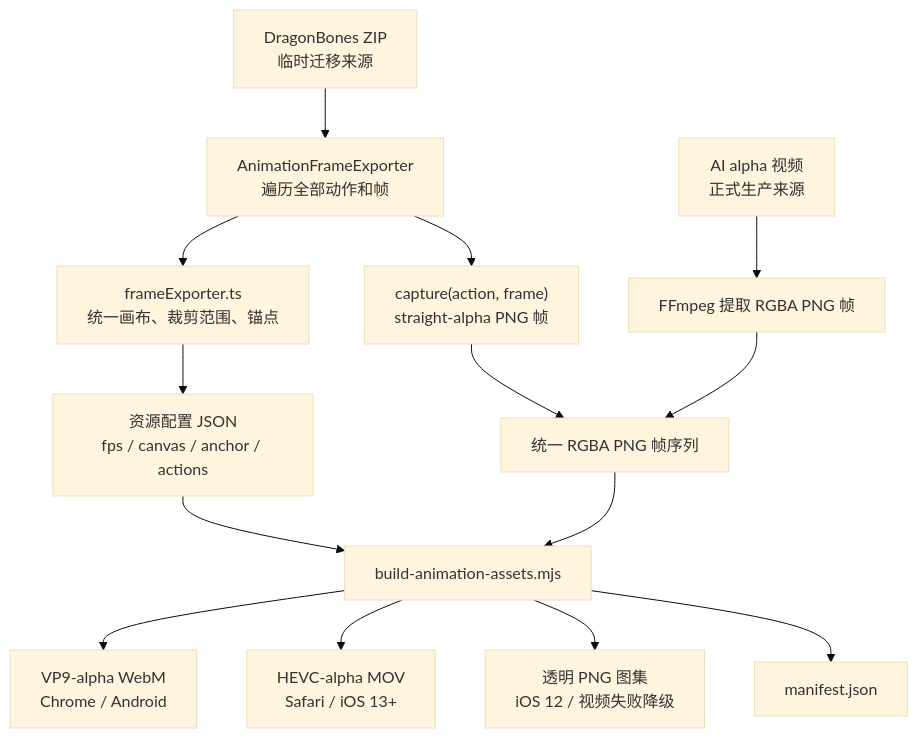
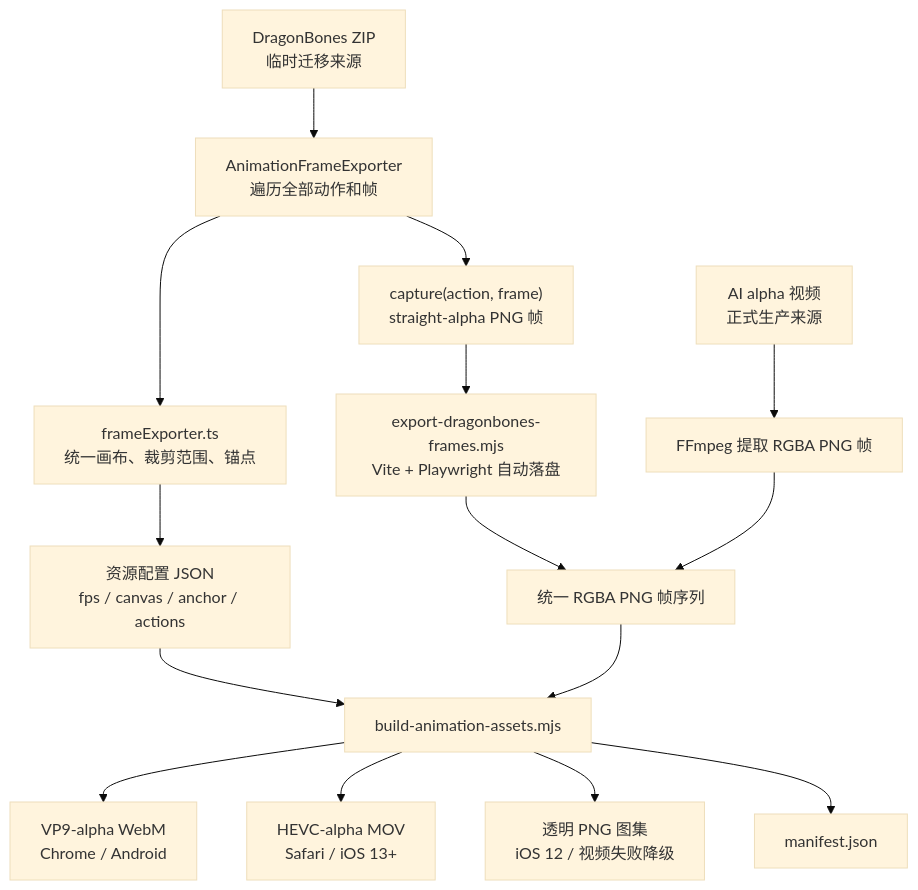
One commit to odin1911/courseware-next-tools changed the diagram in tools/ai-animation/video-generation-pipeline.md. Above: the diagram before and after it, drawn with Mermaid (base theme). The commit also changed other lines of this file and 236 other files, not shown here.

````diff
--- a/tools/ai-animation/video-generation-pipeline.md
+++ b/tools/ai-animation/video-generation-pipeline.md
@@ -16,19 +16,20 @@
 ```mermaid
 flowchart TD
     A["DragonBones ZIP<br/>临时迁移来源"] --> B["AnimationFrameExporter<br/>遍历全部动作和帧"]
     B --> C["frameExporter.ts<br/>统一画布、裁剪范围、锚点"]
     B --> D["capture(action, frame)<br/>straight-alpha PNG 帧"]
 
     E["AI alpha 视频<br/>正式生产来源"] --> F["FFmpeg 提取 RGBA PNG 帧"]
 
     C --> G["资源配置 JSON<br/>fps / canvas / anchor / actions"]
-    D --> H["统一 RGBA PNG 帧序列"]
+    D --> N["export-dragonbones-frames.mjs<br/>Vite + Playwright 自动落盘"]
+    N --> H["统一 RGBA PNG 帧序列"]
     F --> H
     G --> I["build-animation-assets.mjs"]
     H --> I
 
     I --> J["VP9-alpha WebM<br/>Chrome / Android"]
     I --> K["HEVC-alpha MOV<br/>Safari / iOS 13+"]
     I --> L["透明 PNG 图集<br/>iOS 12 / 视频失败降级"]
     I --> M["manifest.json"]
 ```
````
